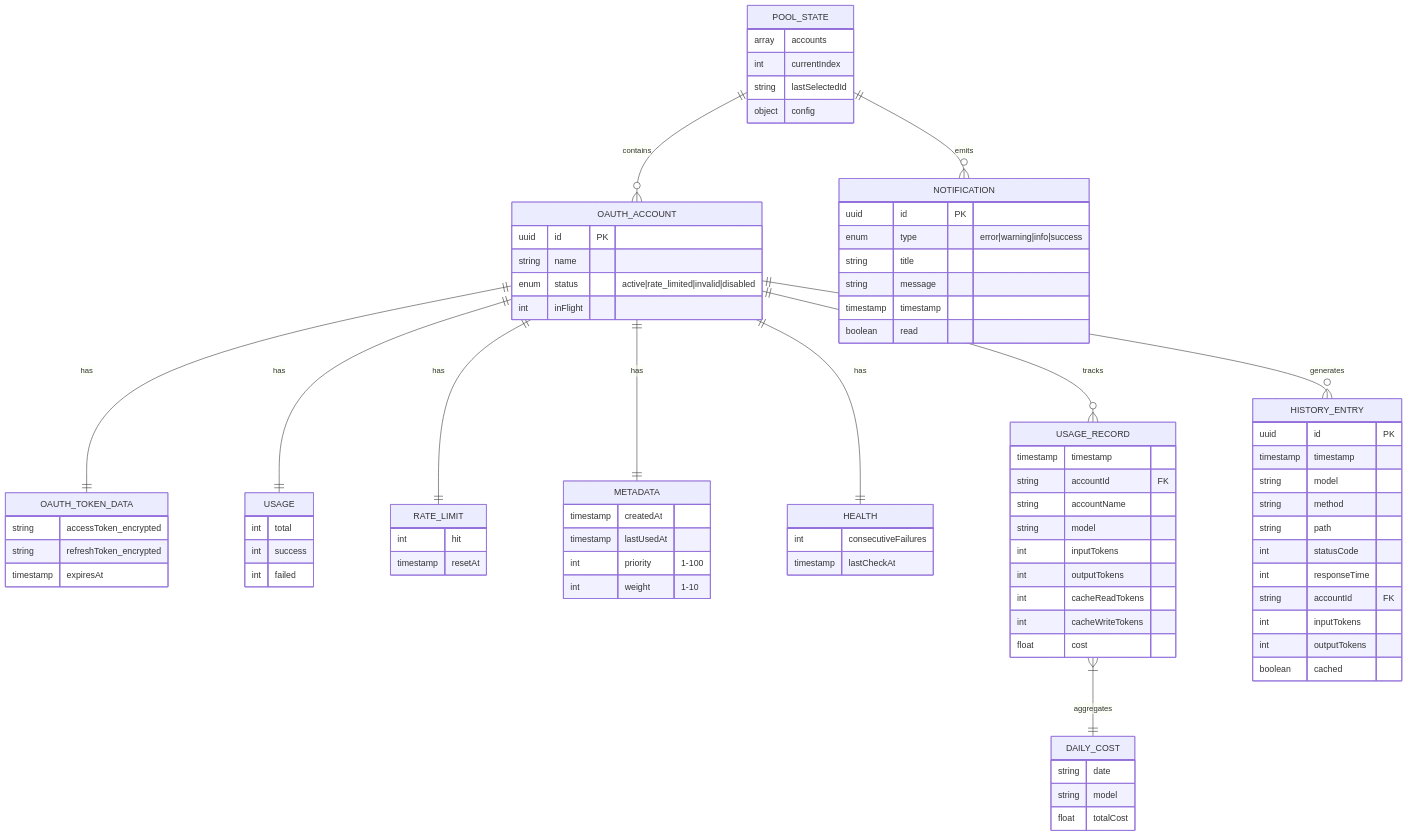
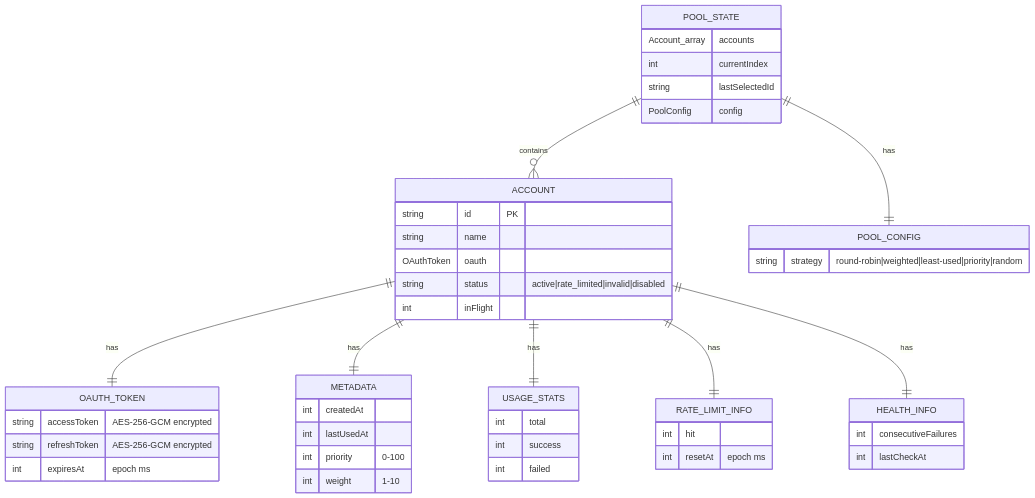
One commit to el-pablos/claude-api changed the fifth of 5 diagrams in README.md. Above: the diagram before and after it, drawn with Mermaid. The commit also changed other lines of this file, not shown here.

Commit message:
docs: rewrite total readme jadi 4300+ kata bahasa indonesia kasual lengkap arsitektur erd flowchart screenshots tiap tab dashboard kontributor dan stats repo

````diff
--- a/README.md
+++ b/README.md
@@ -266,97 +338,51 @@
 ```mermaid
 erDiagram
+    POOL_STATE ||--o{ ACCOUNT : contains
+    ACCOUNT ||--|| OAUTH_TOKEN : has
+    ACCOUNT ||--|| METADATA : has
+    ACCOUNT ||--|| USAGE_STATS : has
+    ACCOUNT ||--|| RATE_LIMIT_INFO : has
+    ACCOUNT ||--|| HEALTH_INFO : has
+    POOL_STATE ||--|| POOL_CONFIG : has
+
     POOL_STATE {
-        array accounts
+        Account_array accounts
         int currentIndex
         string lastSelectedId
-        object config
+        PoolConfig config
     }
-
-    OAUTH_ACCOUNT {
-        uuid id PK
+    ACCOUNT {
+        string id PK
         string name
-        enum status "active|rate_limited|invalid|disabled"
+        OAuthToken oauth
+        string status "active|rate_limited|invalid|disabled"
         int inFlight
     }
-
-    OAUTH_TOKEN_DATA {
-        string accessToken_encrypted
-        string refreshToken_encrypted
-        timestamp expiresAt
+    OAUTH_TOKEN {
+        string accessToken "AES-256-GCM encrypted"
+        string refreshToken "AES-256-GCM encrypted"
+        int expiresAt "epoch ms"
     }
-
-    USAGE {
+    METADATA {
+        int createdAt
+        int lastUsedAt
+        int priority "0-100"
+        int weight "1-10"
+    }
+    USAGE_STATS {
         int total
         int success
         int failed
     }
-
-    RATE_LIMIT {
+    RATE_LIMIT_INFO {
         int hit
-        timestamp resetAt
+        int resetAt "epoch ms"
     }
-
-    METADATA {
-        timestamp createdAt
-        timestamp lastUsedAt
-        int priority "1-100"
-        int weight "1-10"
+    HEALTH_INFO {
+        int consecutiveFailures
+        int lastCheckAt
     }
-
-    HEALTH {
-        int consecutiveFailures
-        timestamp lastCheckAt
+    POOL_CONFIG {
+        string strategy "round-robin|weighted|least-used|priority|random"
     }
-
-    USAGE_RECORD {
-        timestamp timestamp
-        string accountId FK
-        string accountName
-        string model
-        int inputTokens
-        int outputTokens
-        int cacheReadTokens
-        int cacheWriteTokens
-        float cost
-    }
-
-    DAILY_COST {
-        string date
-        string model
-        float totalCost
-    }
-
-    HISTORY_ENTRY {
-        uuid id PK
-        timestamp timestamp
-        string model
-        string method
-        string path
-        int statusCode
-        int responseTime
-        string accountId FK
-        int inputTokens
-        int outputTokens
-        boolean cached
-    }
-
-    NOTIFICATION {
-        uuid id PK
-        enum type "error|warning|info|success"
-        string title
-        string message
-        timestamp timestamp
-        boolean read
-    }
-
-    POOL_STATE ||--o{ OAUTH_ACCOUNT : contains
-    OAUTH_ACCOUNT ||--|| OAUTH_TOKEN_DATA : has
-    OAUTH_ACCOUNT ||--|| USAGE : has
-    OAUTH_ACCOUNT ||--|| RATE_LIMIT : has
-    OAUTH_ACCOUNT ||--|| METADATA : has
-    OAUTH_ACCOUNT ||--|| HEALTH : has
-    OAUTH_ACCOUNT ||--o{ USAGE_RECORD : tracks
-    OAUTH_ACCOUNT ||--o{ HISTORY_ENTRY : generates
-    POOL_STATE ||--o{ NOTIFICATION : emits
-    USAGE_RECORD }|--|| DAILY_COST : aggregates
 ```
````
